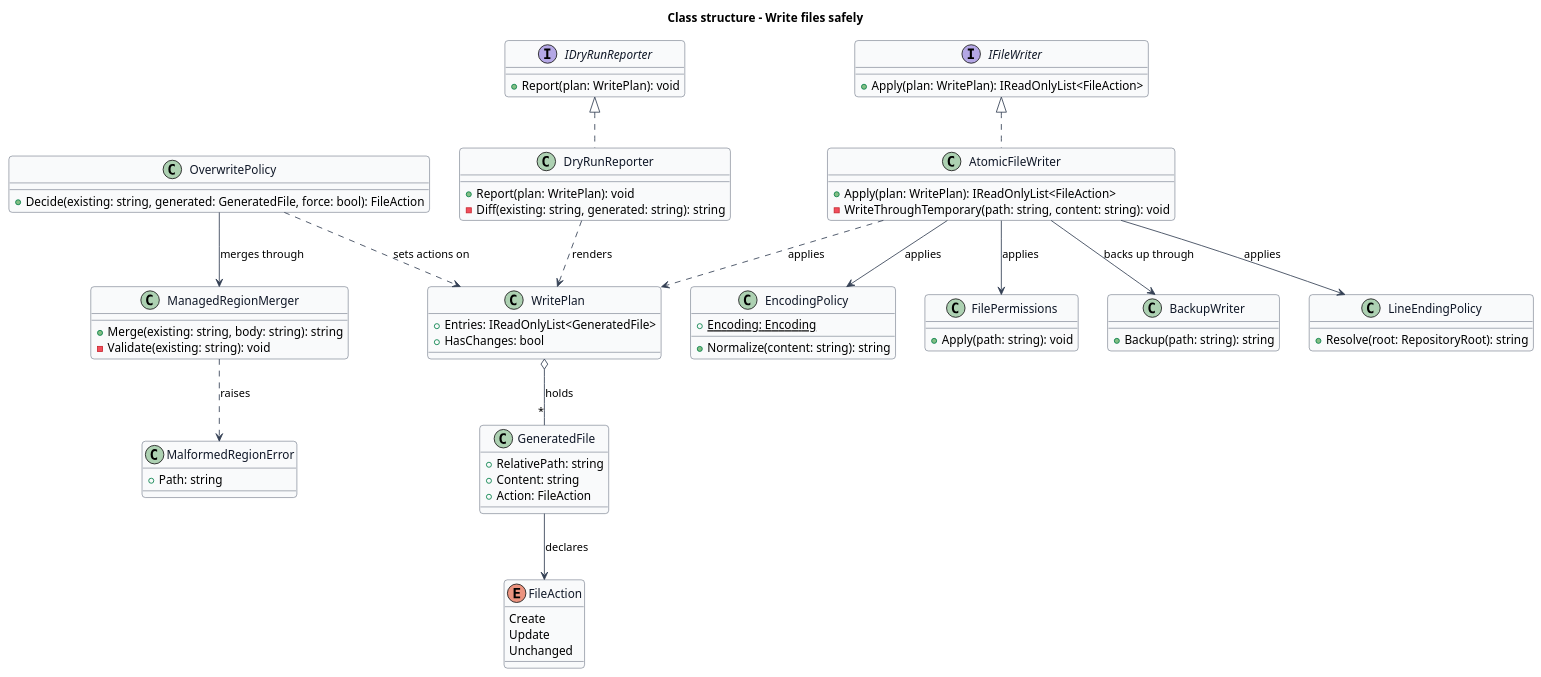
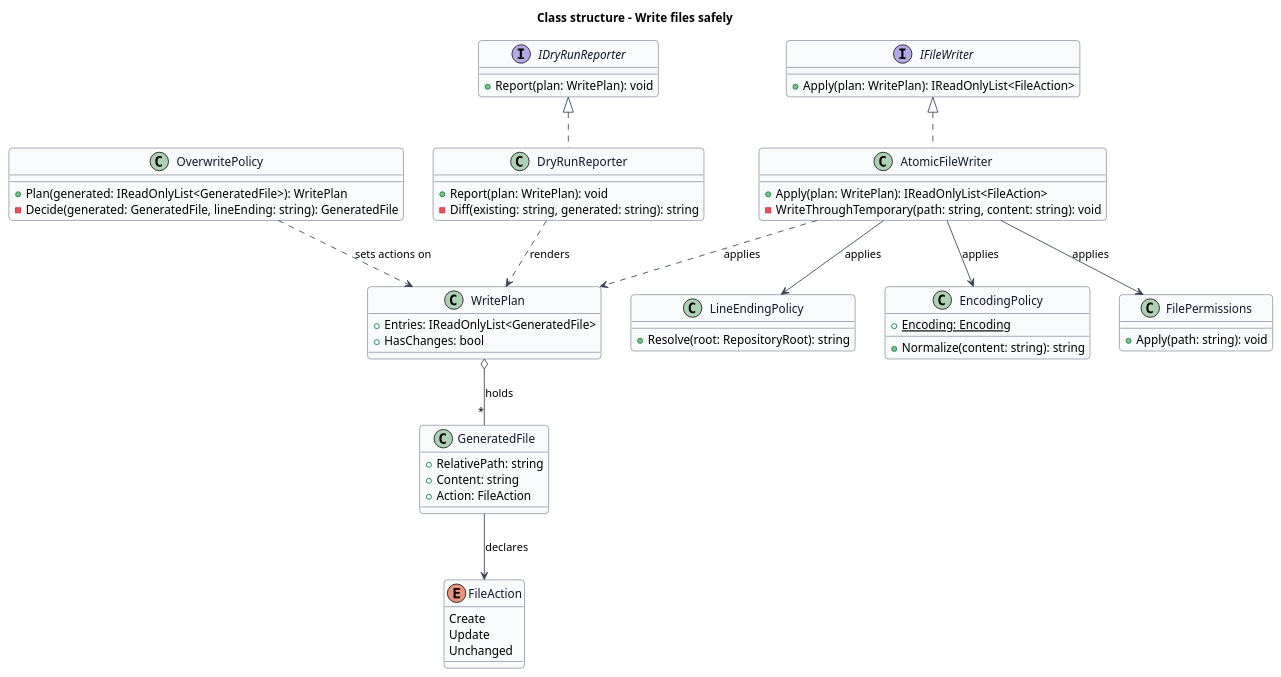
One commit to QuinntyneBrown/primer changed the diagram in docs/detailed-designs/agent-file-generation/write-files-safely/diagrams/class-structure.puml. Above: the diagram before and after it, drawn with PlantUML. The commit also changed 53 other files, not shown here.

```diff
--- a/docs/detailed-designs/agent-file-generation/write-files-safely/diagrams/class-structure.puml
+++ b/docs/detailed-designs/agent-file-generation/write-files-safely/diagrams/class-structure.puml
@@ -1,92 +1,77 @@
 @startuml
 ' --- shared skin header ---
 skinparam backgroundColor #FFFFFF
 skinparam shadowing false
 skinparam roundcorner 8
 skinparam defaultFontName Arial
 skinparam ArrowColor #344054
 skinparam class {
   BorderColor #344054
   FontColor #101828
   BackgroundColor #F9FAFB
 }
 ' --------------------------
 title Class structure - Write files safely
 
 class WritePlan {
   +Entries: IReadOnlyList<GeneratedFile>
   +HasChanges: bool
 }
 
 class GeneratedFile {
   +RelativePath: string
   +Content: string
   +Action: FileAction
 }
 
 enum FileAction {
   Create
   Update
   Unchanged
 }
 
 class OverwritePolicy {
-  +Decide(existing: string, generated: GeneratedFile, force: bool): FileAction
-}
-
-class ManagedRegionMerger {
-  +Merge(existing: string, body: string): string
-  -Validate(existing: string): void
+  +Plan(generated: IReadOnlyList<GeneratedFile>): WritePlan
+  -Decide(generated: GeneratedFile, lineEnding: string): GeneratedFile
 }
 
 interface IDryRunReporter {
   +Report(plan: WritePlan): void
 }
 class DryRunReporter {
   +Report(plan: WritePlan): void
   -Diff(existing: string, generated: string): string
 }
 
 interface IFileWriter {
   +Apply(plan: WritePlan): IReadOnlyList<FileAction>
 }
 class AtomicFileWriter {
   +Apply(plan: WritePlan): IReadOnlyList<FileAction>
   -WriteThroughTemporary(path: string, content: string): void
 }
 
-class BackupWriter {
-  +Backup(path: string): string
-}
-
 class LineEndingPolicy {
   +Resolve(root: RepositoryRoot): string
 }
 
 class EncodingPolicy {
   +{static} Encoding: Encoding
   +Normalize(content: string): string
 }
 
 class FilePermissions {
   +Apply(path: string): void
 }
 
-class MalformedRegionError {
-  +Path: string
-}
-
 IDryRunReporter <|.. DryRunReporter
 IFileWriter <|.. AtomicFileWriter
 WritePlan o-- "*" GeneratedFile : holds
 GeneratedFile --> FileAction : declares
 OverwritePolicy ..> WritePlan : sets actions on
-OverwritePolicy --> ManagedRegionMerger : merges through
-ManagedRegionMerger ..> MalformedRegionError : raises
 DryRunReporter ..> WritePlan : renders
 AtomicFileWriter ..> WritePlan : applies
-AtomicFileWriter --> BackupWriter : backs up through
 AtomicFileWriter --> LineEndingPolicy : applies
 AtomicFileWriter --> EncodingPolicy : applies
 AtomicFileWriter --> FilePermissions : applies
 @enduml
```
